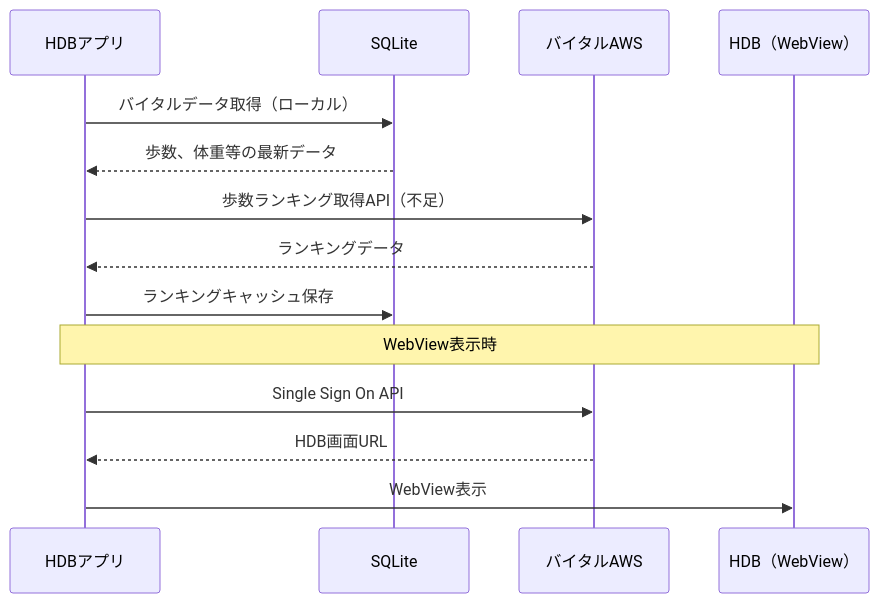
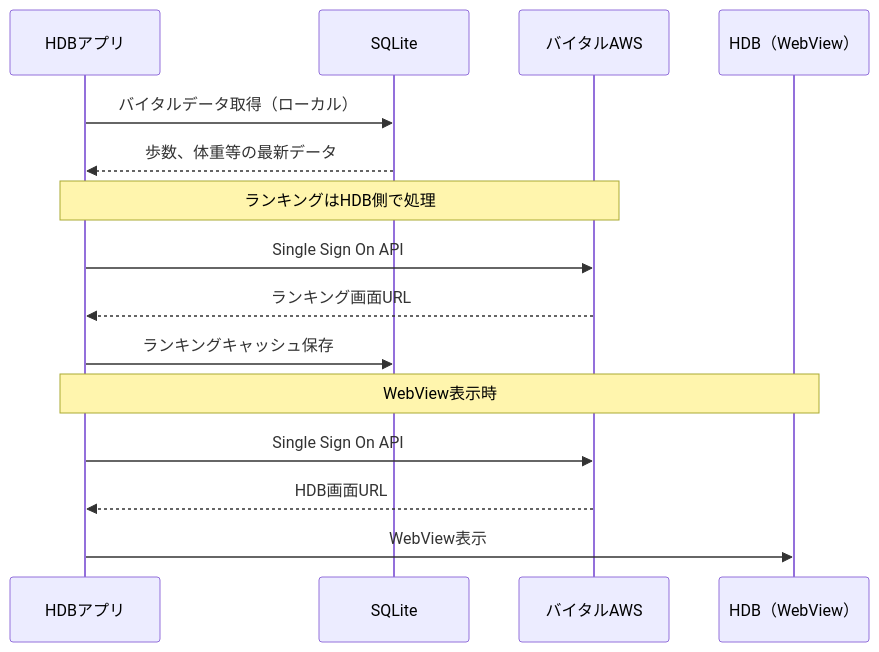
Before and after one commit to sasaibu/hdb: the third of 13 diagrams in doc/QA/画面別API通信図.md, drawn with Mermaid. The commit also changed other lines of this file, not shown here.

````diff
--- a/doc/QA/画面別API通信図.md
+++ b/doc/QA/画面別API通信図.md
@@ -49,18 +59,19 @@
 ```mermaid
 sequenceDiagram
     participant App as HDBアプリ
     participant DB as SQLite
     participant AWS as バイタルAWS
     participant HDB as HDB（WebView）
     
     App->>DB: バイタルデータ取得（ローカル）
     DB-->>App: 歩数、体重等の最新データ
-    App->>AWS: 歩数ランキング取得API（不足）
-    AWS-->>App: ランキングデータ
+    Note over App,AWS: ランキングはHDB側で処理
+    App->>AWS: Single Sign On API
+    AWS-->>App: ランキング画面URL
     App->>DB: ランキングキャッシュ保存
     
     Note over App,HDB: WebView表示時
     App->>AWS: Single Sign On API
     AWS-->>App: HDB画面URL
     App->>HDB: WebView表示
 ```
````
